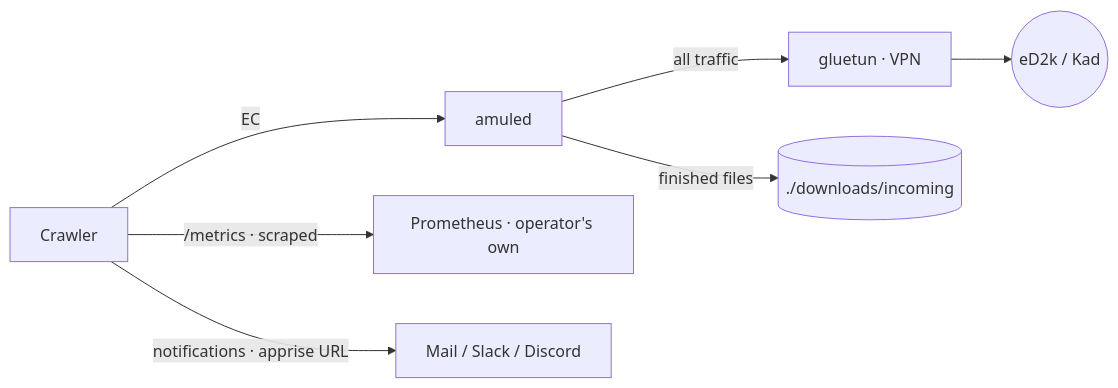
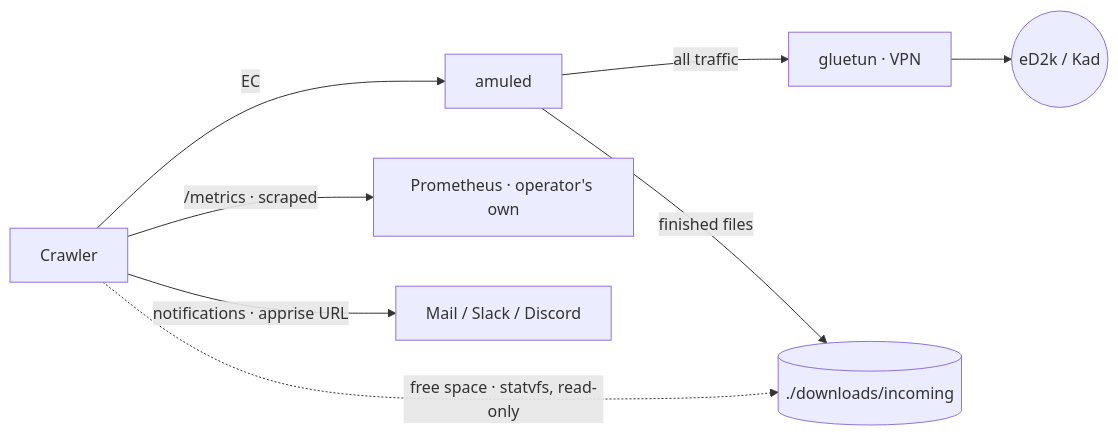
One commit to GeoffreyCoulaud/mulewatch changed the first of 10 diagrams in docs/architecture.md. Above: the diagram before and after it, drawn with Mermaid. The commit also changed other lines of this file and 27 other files, not shown here.

````diff
--- a/docs/architecture.md
+++ b/docs/architecture.md
@@ -24,17 +24,18 @@
 ```mermaid
 flowchart LR
   crawler["Crawler"]
   amuled["amuled"]
   gluetun["gluetun · VPN"]
   ed2k(("eD2k / Kad"))
   prom["Prometheus · operator's own"]
   notif["Mail / Slack / Discord"]
   out[("./downloads/incoming")]
 
   crawler -->|EC| amuled
   amuled -->|"all traffic"| gluetun
   gluetun --> ed2k
   amuled -->|"finished files"| out
+  crawler -.->|"free space · statvfs, read-only"| out
   crawler -->|"/metrics · scraped"| prom
   crawler -->|"notifications · apprise URL"| notif
 ```
````
